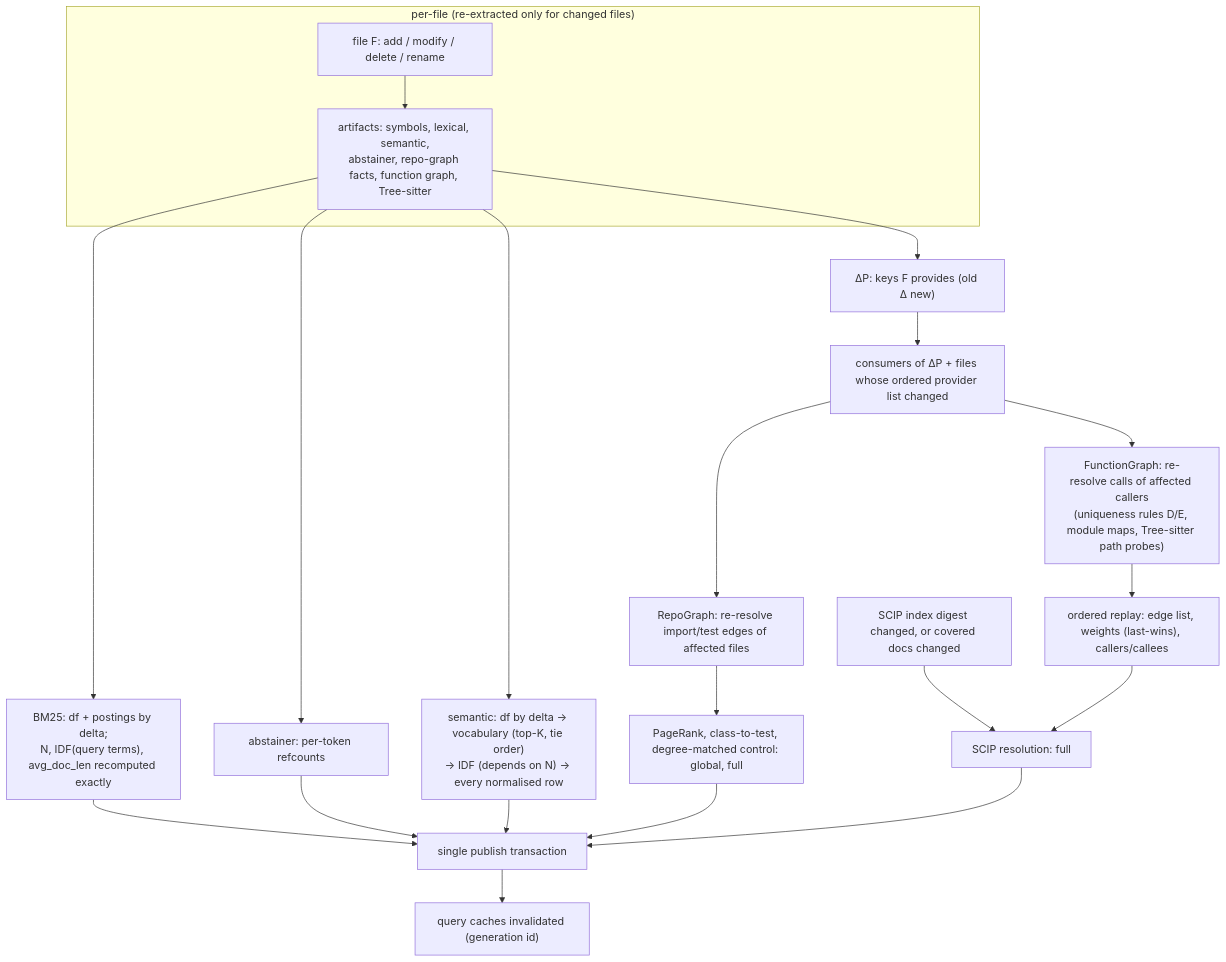
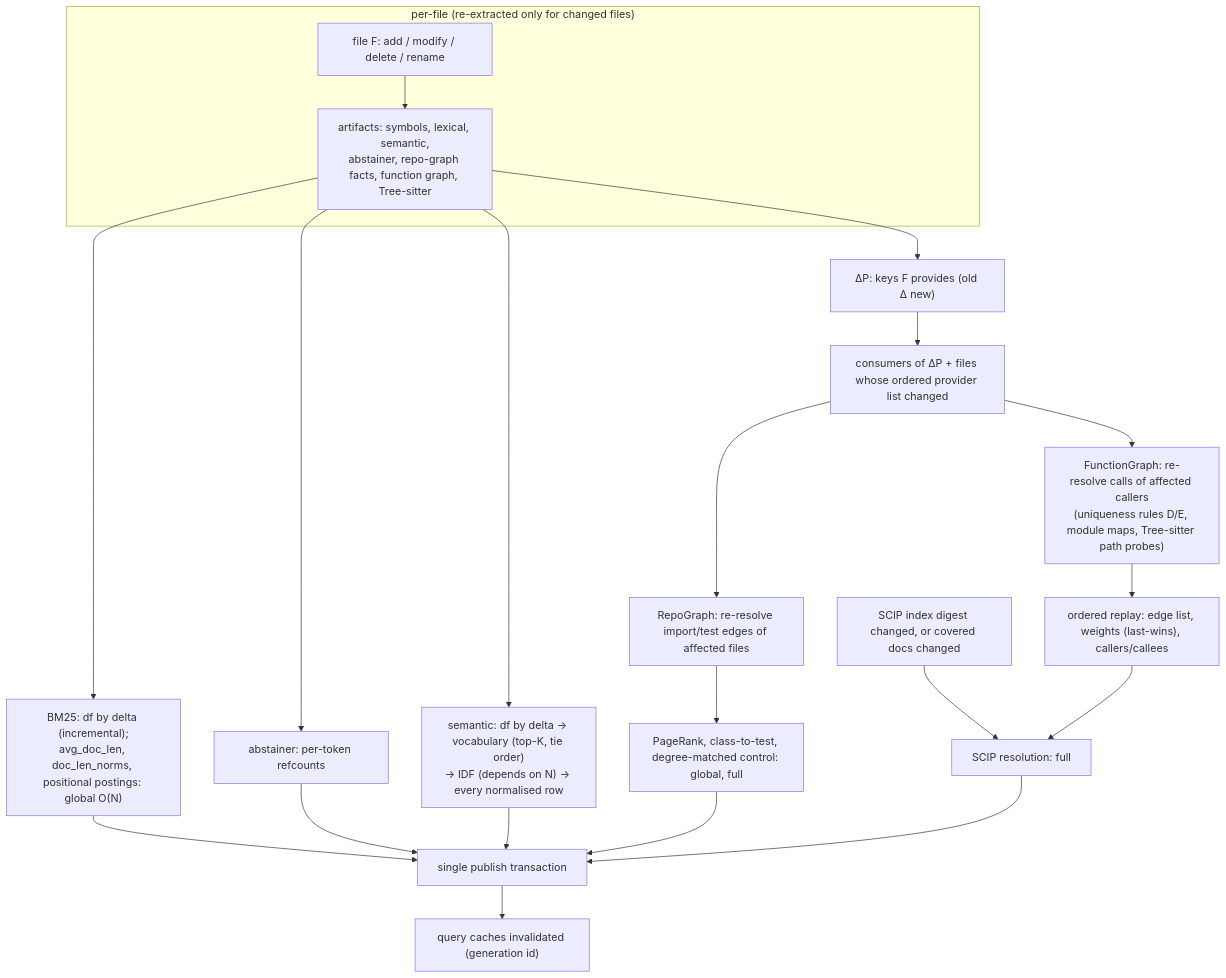
Before and after one commit to krishika08/RepoNeedle: the diagram in reports/v2_completion/persistent_indexing/ARCHITECTURE_REPORT.md, drawn with Mermaid. The commit also changed other lines of this file and 10 other files, not shown here.

````diff
--- a/reports/v2_completion/persistent_indexing/ARCHITECTURE_REPORT.md
+++ b/reports/v2_completion/persistent_indexing/ARCHITECTURE_REPORT.md
@@ -145,19 +255,19 @@
 ```mermaid
 flowchart TB
     subgraph per_file["per-file (re-extracted only for changed files)"]
         X["file F: add / modify / delete / rename"] --> AR["artifacts: symbols, lexical, semantic,<br/>abstainer, repo-graph facts, function graph, Tree-sitter"]
     end
-    AR --> L["BM25: df + postings by delta;<br/>N, IDF(query terms), avg_doc_len recomputed exactly"]
+    AR --> L["BM25: df by delta (incremental);<br/>avg_doc_len, doc_len_norms, positional postings: global O(N)"]
     AR --> AB["abstainer: per-token refcounts"]
     AR --> SM["semantic: df by delta → vocabulary (top-K, tie order)<br/>→ IDF (depends on N) → every normalised row"]
     AR --> KP["ΔP: keys F provides (old Δ new)"]
     KP --> CS["consumers of ΔP + files whose ordered provider list changed"]
     CS --> RG["RepoGraph: re-resolve import/test edges of affected files"]
     CS --> FG["FunctionGraph: re-resolve calls of affected callers<br/>(uniqueness rules D/E, module maps, Tree-sitter path probes)"]
     RG --> PR["PageRank, class-to-test, degree-matched control: global, full"]
     FG --> RP["ordered replay: edge list, weights (last-wins), callers/callees"]
     SC["SCIP index digest changed, or covered docs changed"] --> SR["SCIP resolution: full"]
     RP --> SR
     L & AB & SM & PR & SR --> PUB["single publish transaction"]
     PUB --> QC["query caches invalidated (generation id)"]
 ```
````
